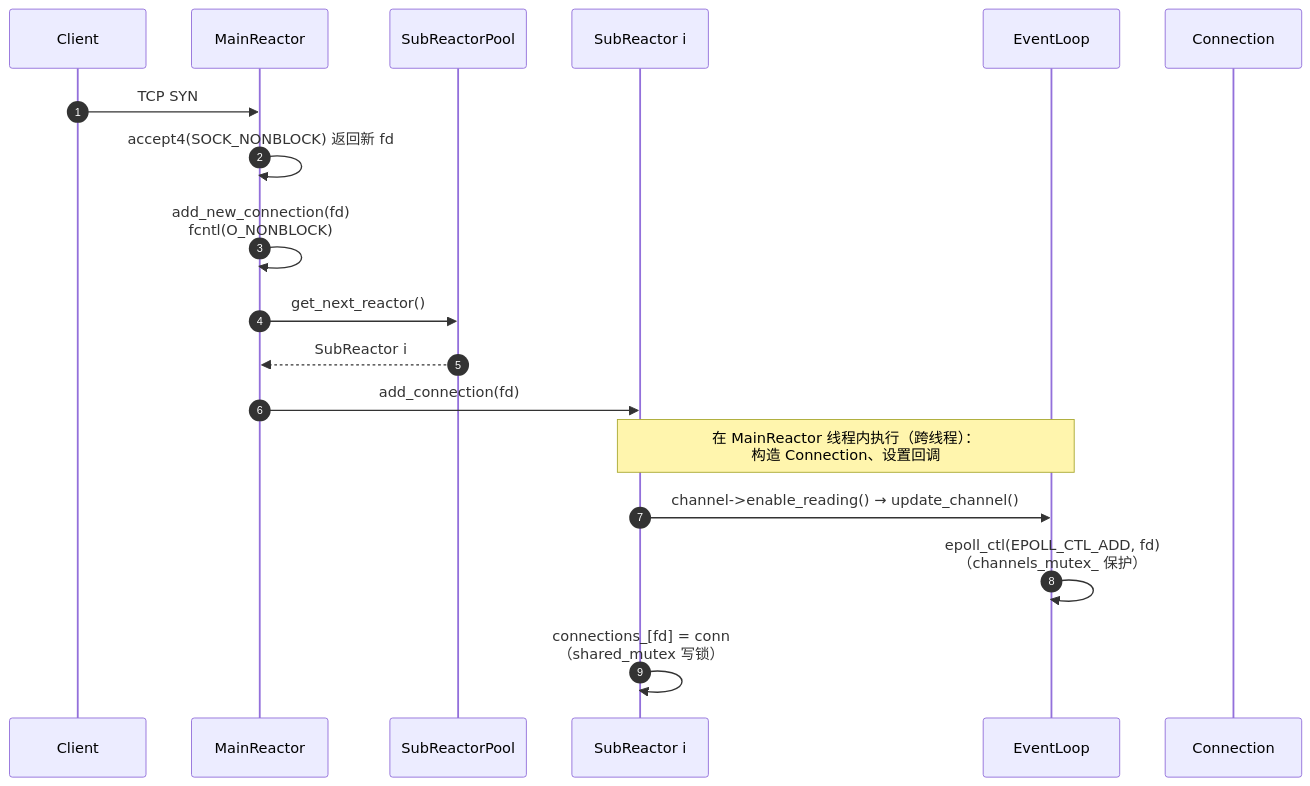
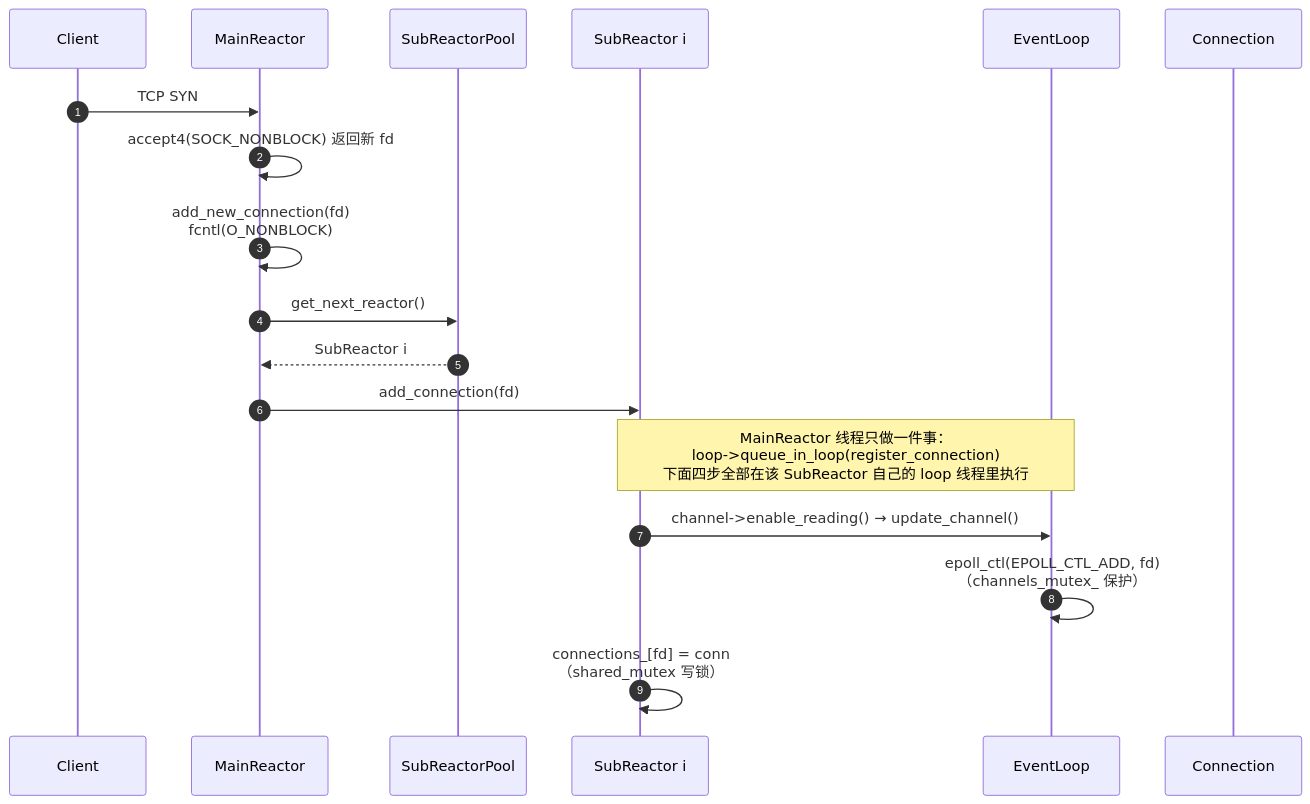
The second of 5 diagrams in docs/architecture/network.md (zimingttkx/ConcurrentCache), drawn with Mermaid before and after one commit. The commit also changed other lines of this file and 8 other files, not shown here.

````diff
--- a/docs/architecture/network.md
+++ b/docs/architecture/network.md
@@ -304,21 +310,21 @@
 ```mermaid
 sequenceDiagram
     autonumber
     participant C as Client
     participant MR as MainReactor
     participant SRP as SubReactorPool
     participant SR as SubReactor i
     participant EL as EventLoop
     participant CON as Connection
 
     C->>MR: TCP SYN
     MR->>MR: accept4(SOCK_NONBLOCK) 返回新 fd
     MR->>MR: add_new_connection(fd)<br/>fcntl(O_NONBLOCK)
     MR->>SRP: get_next_reactor()
     SRP-->>MR: SubReactor i
     MR->>SR: add_connection(fd)
-    Note over SR,EL: 在 MainReactor 线程内执行（跨线程）：<br/>构造 Connection、设置回调
+    Note over SR,EL: MainReactor 线程只做一件事：<br/>loop->queue_in_loop(register_connection)<br/>下面四步全部在该 SubReactor 自己的 loop 线程里执行
     SR->>EL: channel->enable_reading() → update_channel()
     EL->>EL: epoll_ctl(EPOLL_CTL_ADD, fd)<br/>（channels_mutex_ 保护）
     SR->>SR: connections_[fd] = conn<br/>（shared_mutex 写锁）
 ```
````
